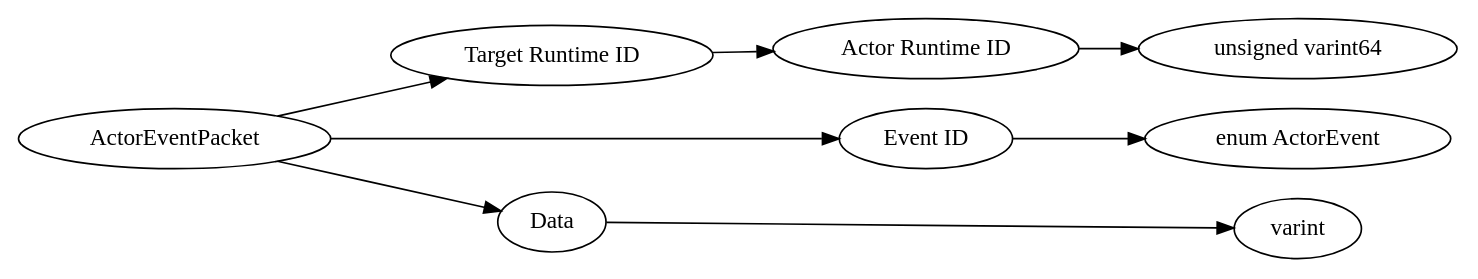
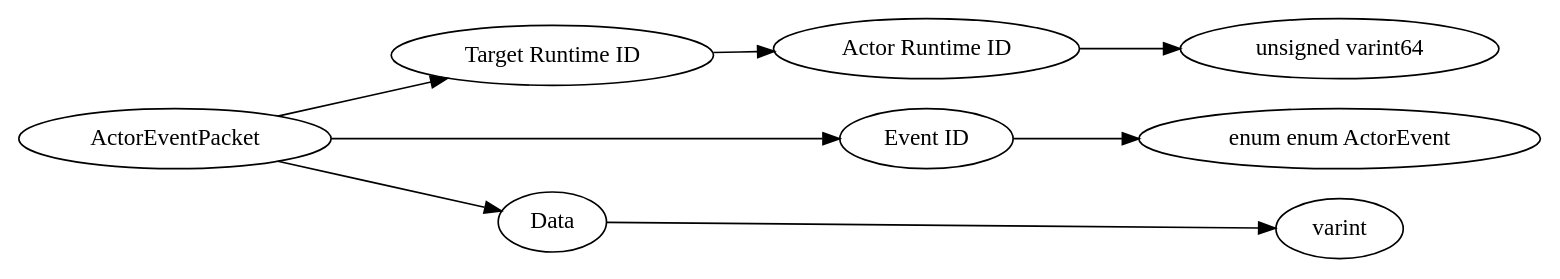
Before and after one commit to ApocalypsjeNL/bedrock-protocol-docs: the diagram in dot/ActorEventPacket.dot, drawn with Graphviz. The commit also changed 15 other files, not shown here.

```diff
--- a/dot/ActorEventPacket.dot
+++ b/dot/ActorEventPacket.dot
@@ -1,22 +1,22 @@
 digraph "ActorEventPacket" {
 rankdir = LR
 0
 0 -> 1
 1 -> 2
 2 -> 3
 0 -> 4
 4 -> 5
 0 -> 6
 6 -> 7
 
 0 [label="ActorEventPacket",comment="name: \"ActorEventPacket\", typeName: \"\", id: 0, branchId: 0, recurseId: -1, attributes: 0, notes: \"All kinds of actor state changes (see Actor::handleEntityEvent).\""];
 1 [label="Target Runtime ID",comment="name: \"Target Runtime ID\", typeName: \"\", id: 1, branchId: 0, recurseId: -1, attributes: 0, notes: \"\""];
 2 [label="Actor Runtime ID",comment="name: \"Actor Runtime ID\", typeName: \"\", id: 2, branchId: 0, recurseId: -1, attributes: 0, notes: \"\""];
 3 [label="unsigned varint64",comment="name: \"unsigned varint64\", typeName: \"\", id: 3, branchId: 0, recurseId: -1, attributes: 512, notes: \"\""];
 4 [label="Event ID",comment="name: \"Event ID\", typeName: \"\", id: 4, branchId: 0, recurseId: -1, attributes: 0, notes: \"\""];
-5 [label="enum ActorEvent",comment="name: \"enum ActorEvent\", typeName: \"\", id: 5, branchId: 0, recurseId: -1, attributes: 512, notes: \"\""];
+5 [label="enum enum ActorEvent",comment="name: \"enum enum ActorEvent\", typeName: \"\", id: 5, branchId: 0, recurseId: -1, attributes: 512, notes: \"\""];
 6 [label="Data",comment="name: \"Data\", typeName: \"\", id: 6, branchId: 0, recurseId: -1, attributes: 0, notes: \"\""];
 7 [label="varint",comment="name: \"varint\", typeName: \"\", id: 7, branchId: 0, recurseId: -1, attributes: 512, notes: \"\""];
 { rank = max;3;5;7}
 
 }
```
